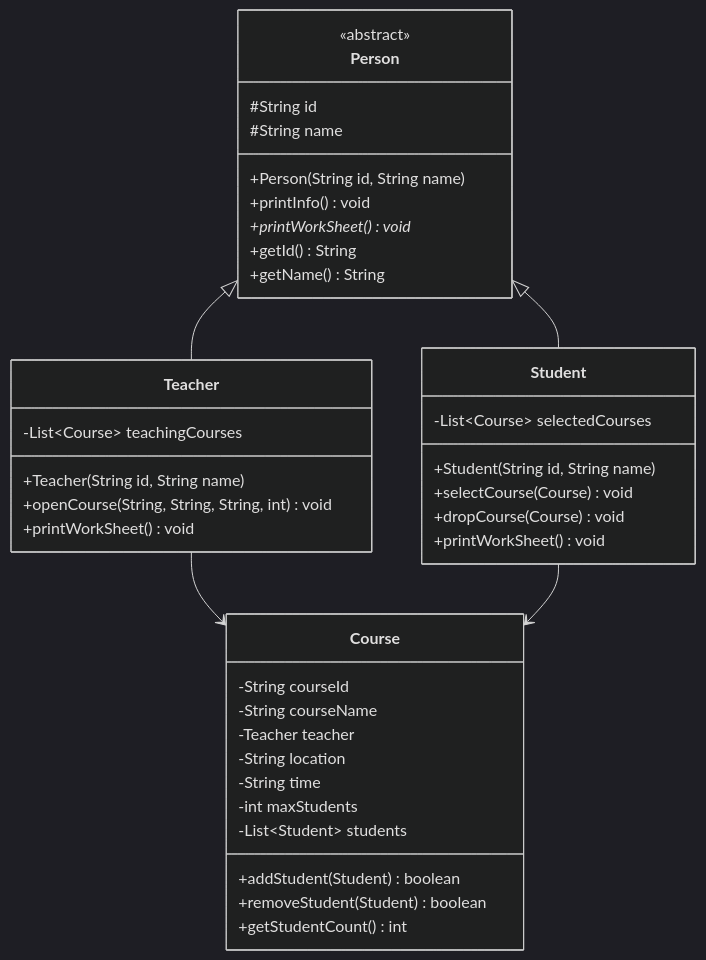
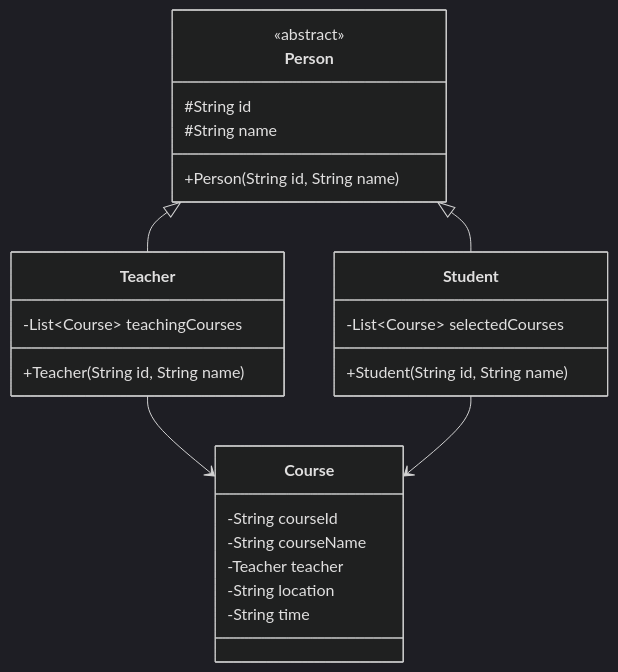
Before and after one commit to IronBingly/java-Experiment-Three: the diagram in README.md, drawn with Mermaid (dark theme).

````diff
--- a/README.md
+++ b/README.md
@@ -39,46 +39,32 @@
 ```mermaid
 classDiagram
     class Person {
         <<abstract>>
         #String id
         #String name
         +Person(String id, String name)
-        +printInfo() void
-        +printWorkSheet()* void
-        +getId() String
-        +getName() String
     }
     
     class Student {
         -List~Course~ selectedCourses
         +Student(String id, String name)
-        +selectCourse(Course) void
-        +dropCourse(Course) void
-        +printWorkSheet() void
     }
     
     class Teacher {
         -List~Course~ teachingCourses
         +Teacher(String id, String name)
-        +openCourse(String, String, String, int) void
-        +printWorkSheet() void
     }
     
     class Course {
         -String courseId
         -String courseName
         -Teacher teacher
         -String location
         -String time
-        -int maxStudents
-        -List~Student~ students
-        +addStudent(Student) boolean
-        +removeStudent(Student) boolean
-        +getStudentCount() int
     }
     
     Person <|-- Student
     Person <|-- Teacher
     Teacher --> Course
     Student --> Course
 ```
````
